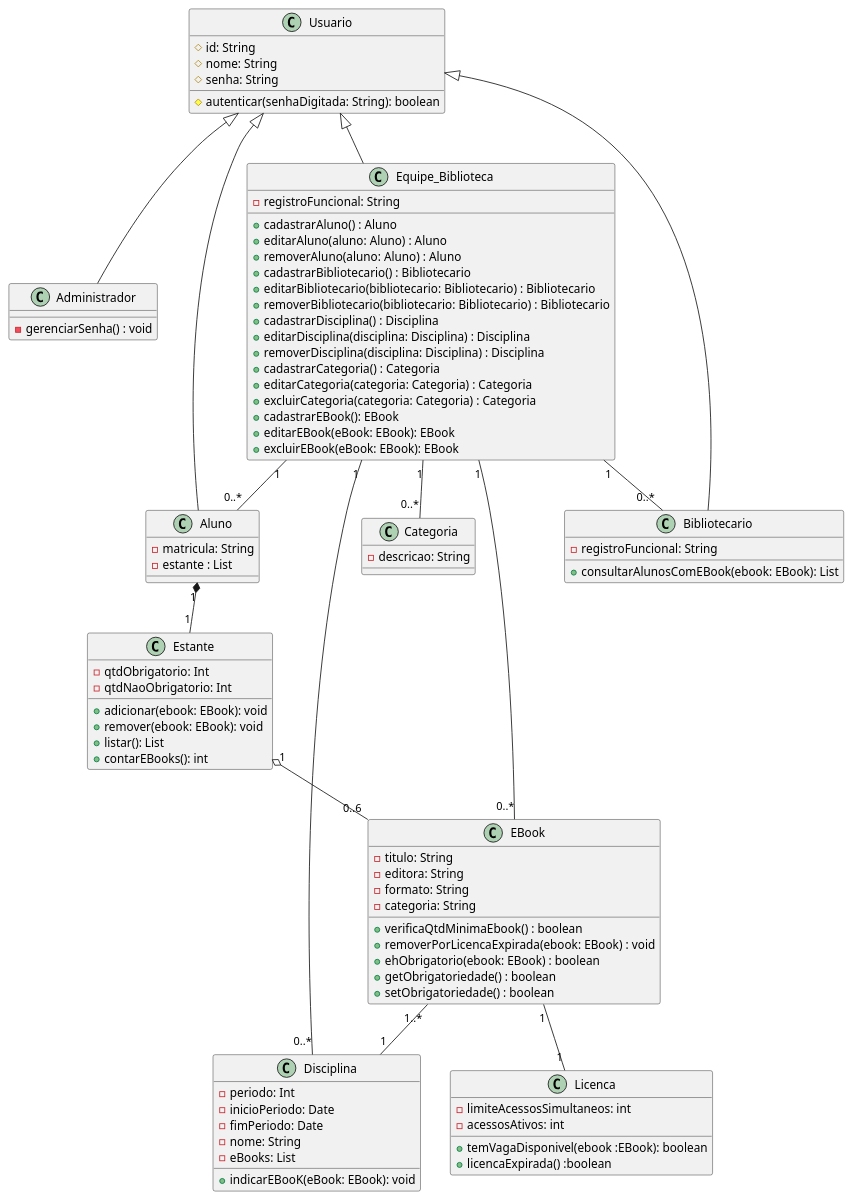
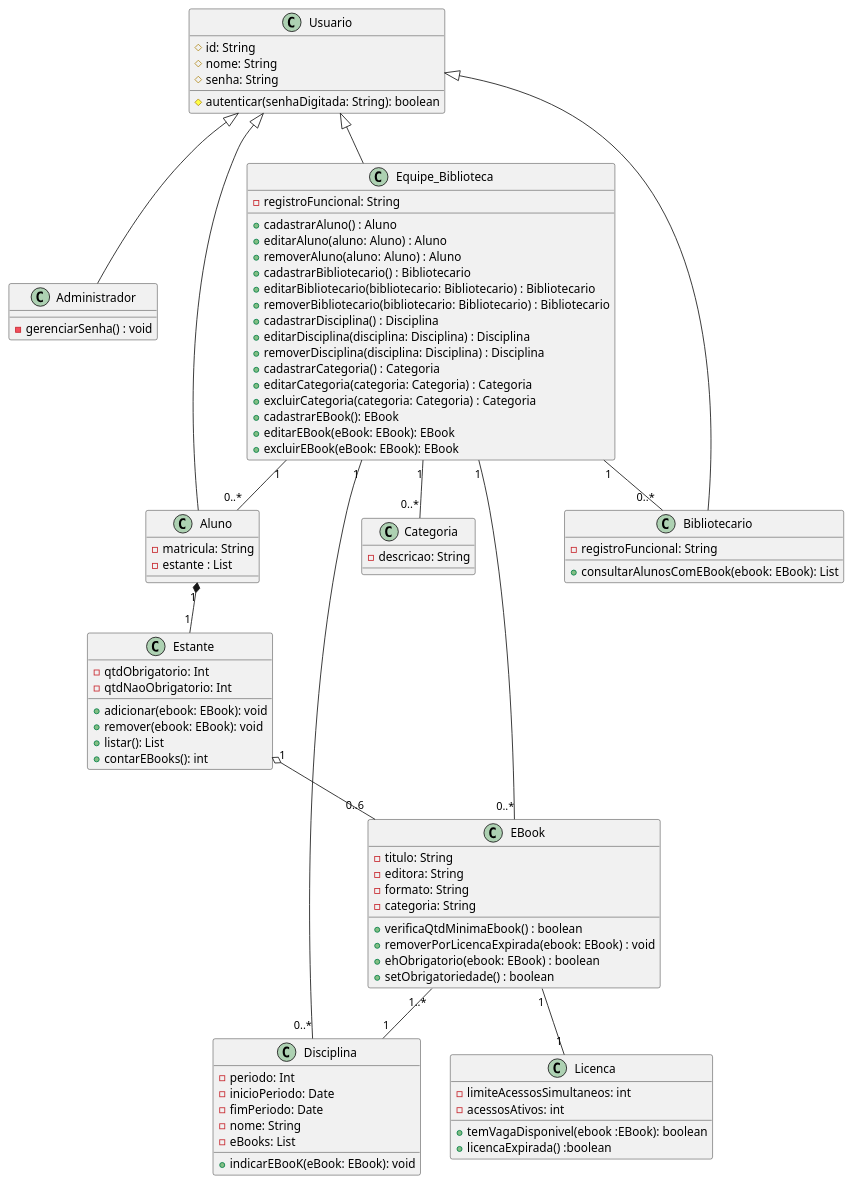
The diagram in docs/diagramas/diagrama-de-classe.puml (brunokilo/lab01-ebooks-biblioteca), drawn with PlantUML before and after one commit.

Commit message:
diagrama: remoção do método getObrigatoriedade da classe EBook

```diff
--- a/docs/diagramas/diagrama-de-classe.puml
+++ b/docs/diagramas/diagrama-de-classe.puml
@@ -1,98 +1,97 @@
 @startuml diagrama_de_classes_ebooks
 
 class Usuario {
   #id: String
   #nome: String
   #senha: String
   #autenticar(senhaDigitada: String): boolean
 }
 
 class Administrador{
   -gerenciarSenha() : void
 }
 
 class Aluno {
   -matricula: String
   -estante : List
 }
 
 class Bibliotecario {
   -registroFuncional: String
   +consultarAlunosComEBook(ebook: EBook): List
 }
 
 class Equipe_Biblioteca{
   -registroFuncional: String
   +cadastrarAluno() : Aluno
   +editarAluno(aluno: Aluno) : Aluno
   +removerAluno(aluno: Aluno) : Aluno
   +cadastrarBibliotecario() : Bibliotecario
   +editarBibliotecario(bibliotecario: Bibliotecario) : Bibliotecario
   +removerBibliotecario(bibliotecario: Bibliotecario) : Bibliotecario
   +cadastrarDisciplina() : Disciplina
   +editarDisciplina(disciplina: Disciplina) : Disciplina
   +removerDisciplina(disciplina: Disciplina) : Disciplina
   +cadastrarCategoria() : Categoria
   +editarCategoria(categoria: Categoria) : Categoria
   +excluirCategoria(categoria: Categoria) : Categoria
   +cadastrarEBook(): EBook
   +editarEBook(eBook: EBook): EBook
   +excluirEBook(eBook: EBook): EBook
 }
 
 class Disciplina{
   -periodo: Int
   -inicioPeriodo: Date
   -fimPeriodo: Date
   -nome: String
   -eBooks: List
   +indicarEBooK(eBook: EBook): void
 }
 
 class Categoria{
   -descricao: String
 }
 
 class EBook {
   -titulo: String
   -editora: String
   -formato: String
   -categoria: String
   +verificaQtdMinimaEbook() : boolean
   +removerPorLicencaExpirada(ebook: EBook) : void
   +ehObrigatorio(ebook: EBook) : boolean
-  +getObrigatoriedade() : boolean
   +setObrigatoriedade() : boolean
 }
 
 class Licenca {
   -limiteAcessosSimultaneos: int
   -acessosAtivos: int
   +temVagaDisponivel(ebook :EBook): boolean
   +licencaExpirada() :boolean
 }
 
 class Estante {
   -qtdObrigatorio: Int
   -qtdNaoObrigatorio: Int
   +adicionar(ebook: EBook): void
   +remover(ebook: EBook): void
   +listar(): List
   +contarEBooks(): int
 }
 
 Usuario <|-- Aluno
 Usuario <|-- Bibliotecario
 Usuario <|-- Equipe_Biblioteca
 Usuario <|-- Administrador
 
 Aluno "1" *-- "1" Estante
 Estante "1" o-- "0..6" EBook
 EBook "1" -- "1" Licenca
 EBook "1..*" -- "1" Disciplina
 Equipe_Biblioteca "1" -- "0..*" Aluno
 Equipe_Biblioteca "1" -- "0..*" Bibliotecario
 Equipe_Biblioteca "1" -- "0..*" EBook
 Equipe_Biblioteca "1" -- "0..*" Disciplina
 Equipe_Biblioteca "1" -- "0..*" Categoria
 @enduml
```
